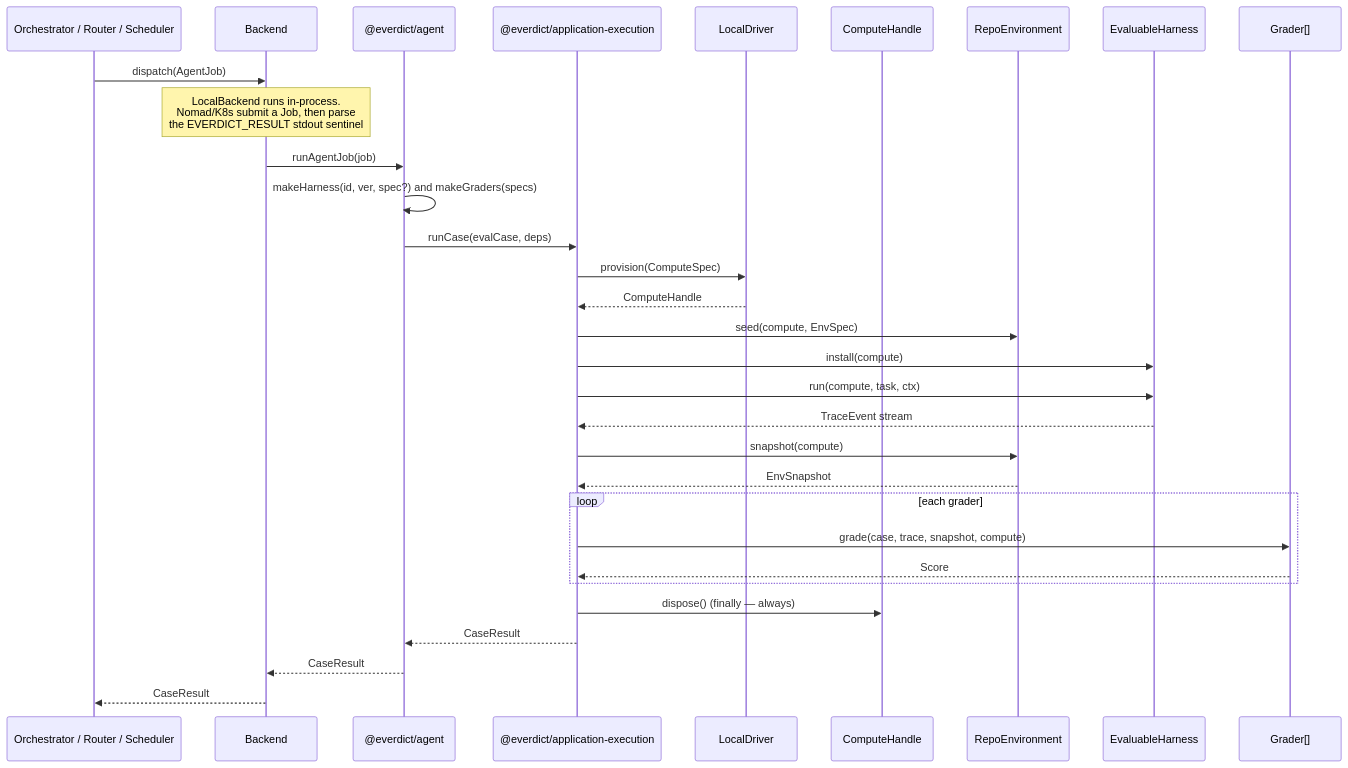
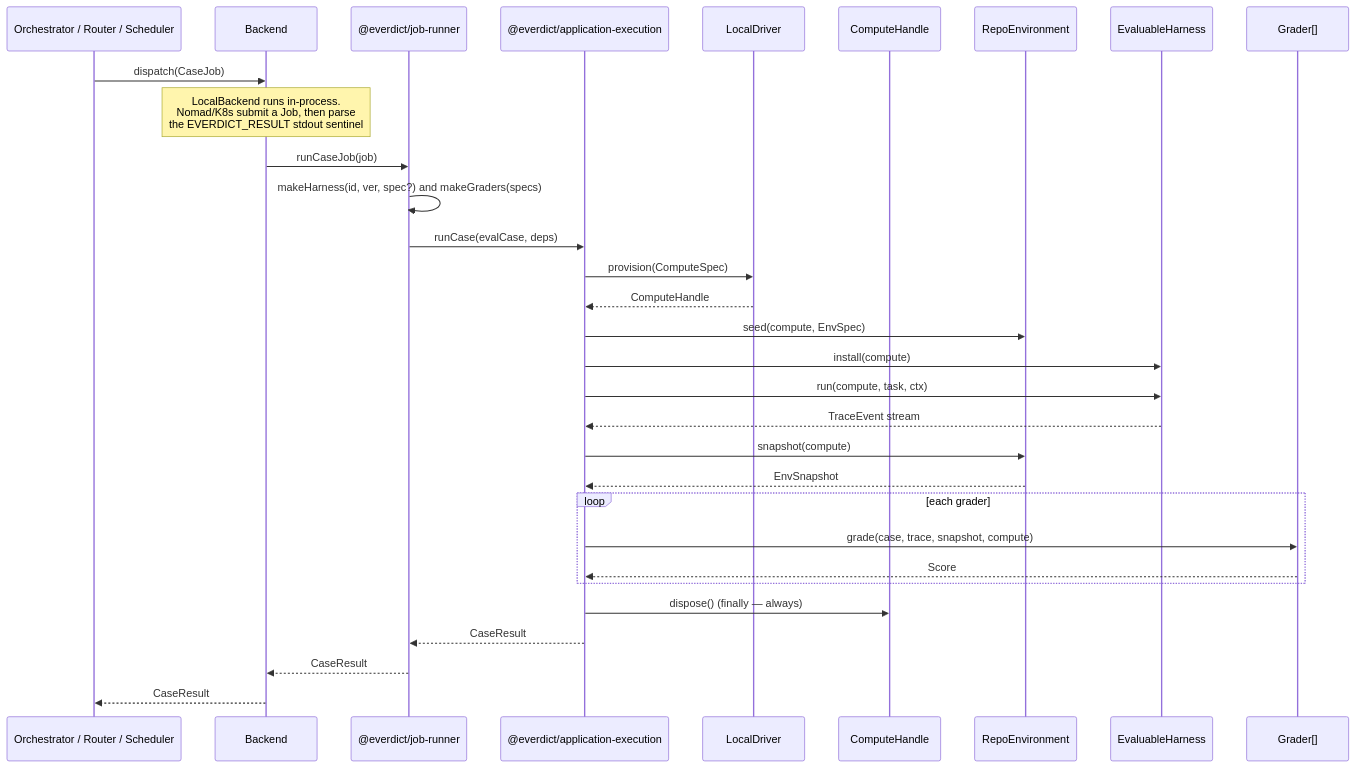
Before and after one commit to everdict/everdict: the second of 24 diagrams in docs/architecture/collaboration.md, drawn with Mermaid. The commit also changed other lines of this file and 180 other files, not shown here.

````diff
--- a/docs/architecture/collaboration.md
+++ b/docs/architecture/collaboration.md
@@ -139,34 +139,34 @@
 ```mermaid
 sequenceDiagram
   participant Caller as Orchestrator / Router / Scheduler
   participant Backend
-  participant Agent as @everdict/agent
+  participant Agent as @everdict/job-runner
   participant Runner as @everdict/application-execution
   participant Driver as LocalDriver
   participant Compute as ComputeHandle
   participant Env as RepoEnvironment
   participant Harness as EvaluableHarness
   participant Grader as Grader[]
 
-  Caller->>Backend: dispatch(AgentJob)
+  Caller->>Backend: dispatch(CaseJob)
   Note over Backend: LocalBackend runs in-process.<br/>Nomad/K8s submit a Job, then parse<br/>the EVERDICT_RESULT stdout sentinel
-  Backend->>Agent: runAgentJob(job)
+  Backend->>Agent: runCaseJob(job)
   Agent->>Agent: makeHarness(id, ver, spec?) and makeGraders(specs)
   Agent->>Runner: runCase(evalCase, deps)
   Runner->>Driver: provision(ComputeSpec)
   Driver-->>Runner: ComputeHandle
   Runner->>Env: seed(compute, EnvSpec)
   Runner->>Harness: install(compute)
   Runner->>Harness: run(compute, task, ctx)
   Harness-->>Runner: TraceEvent stream
   Runner->>Env: snapshot(compute)
   Env-->>Runner: EnvSnapshot
   loop each grader
     Runner->>Grader: grade(case, trace, snapshot, compute)
     Grader-->>Runner: Score
   end
   Runner->>Compute: dispose()  (finally — always)
   Runner-->>Agent: CaseResult
   Agent-->>Backend: CaseResult
   Backend-->>Caller: CaseResult
 ```
````
